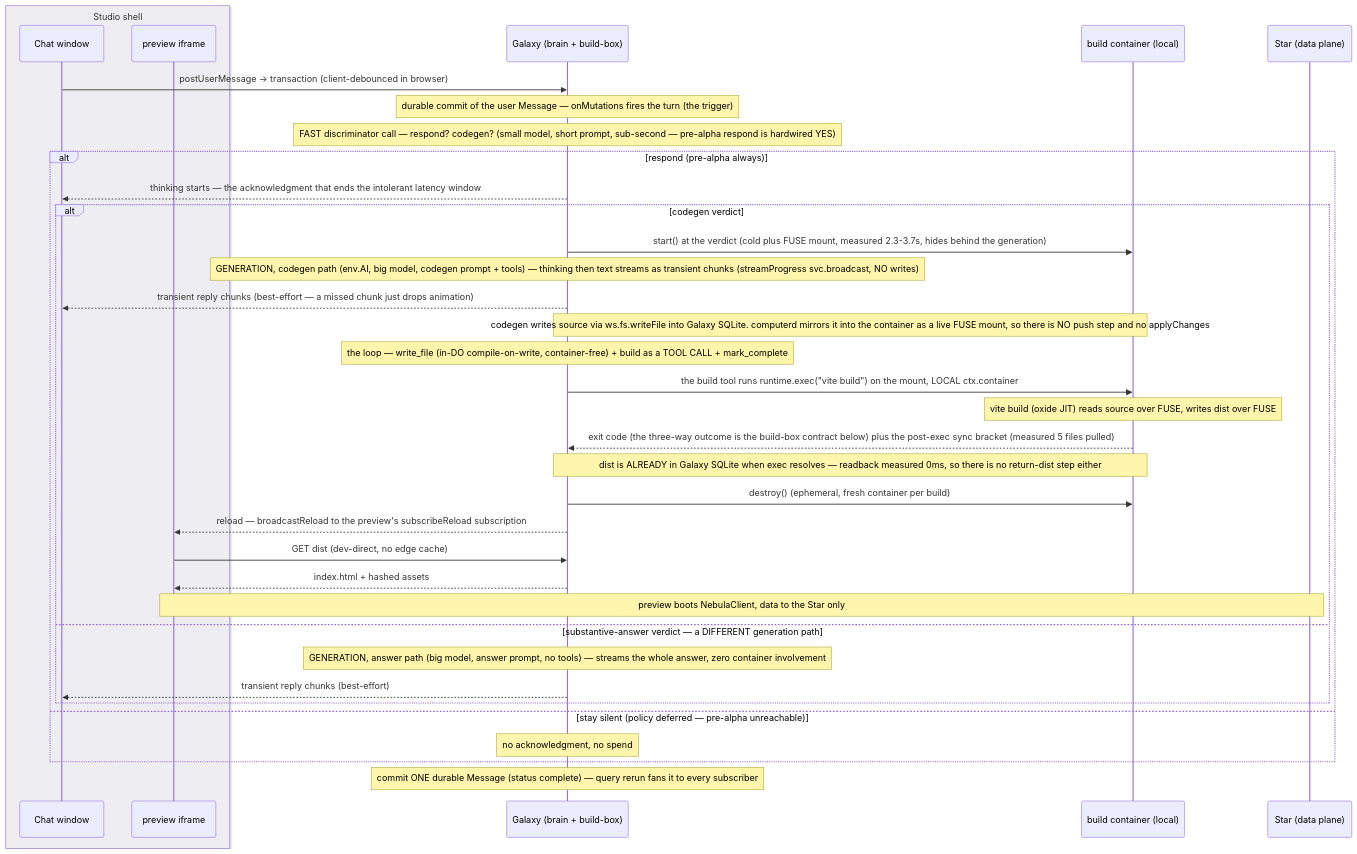
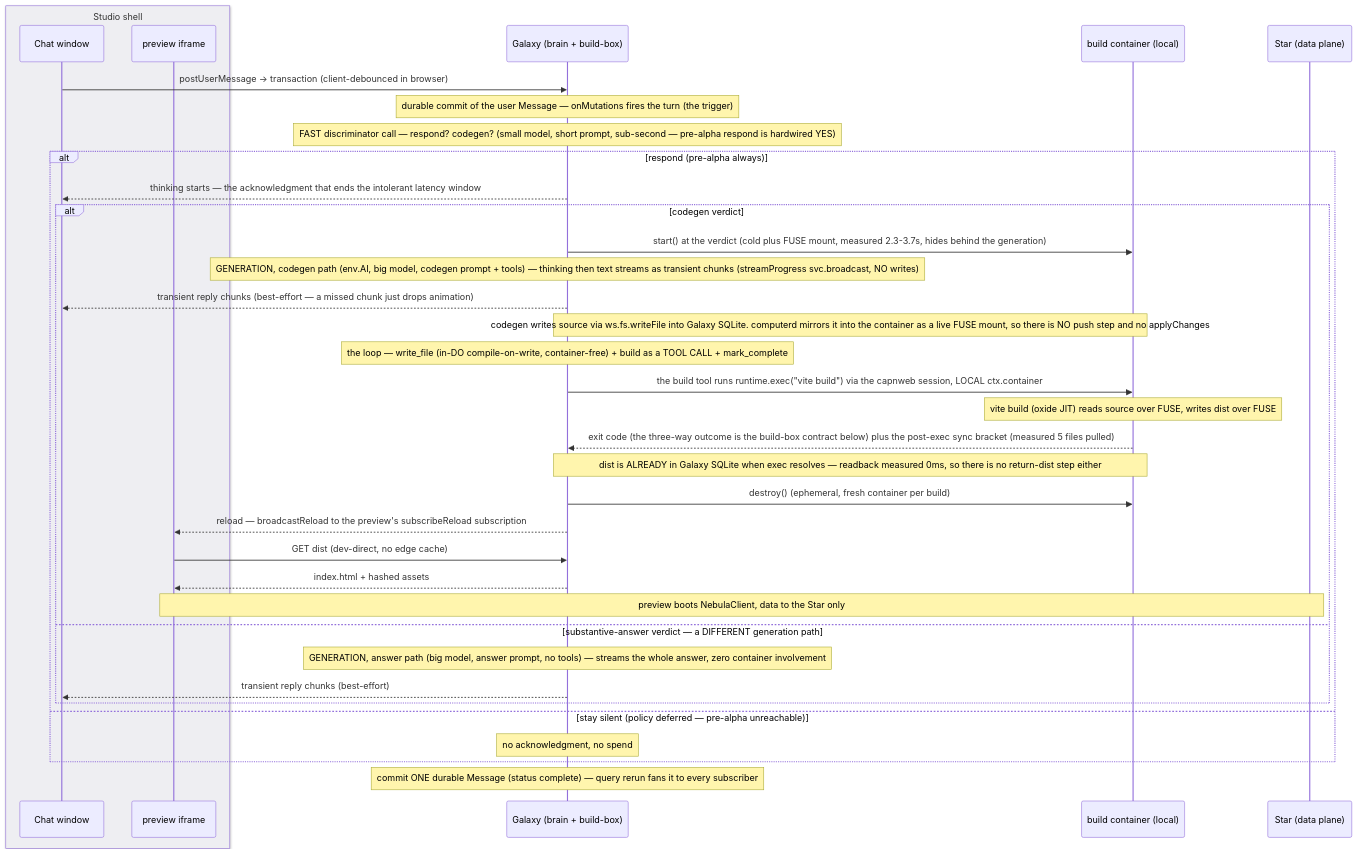
One commit to lumenize/lumenize changed the diagram in tasks/nebula-galaxy-collapse-and-chat.md. Above: the diagram before and after it, drawn with Mermaid. The commit also changed other lines of this file, not shown here.

First line of the commit message:
docs(collapse): exec rides the capnweb session; file I/O rides the mount (hand review)

````diff
--- a/tasks/nebula-galaxy-collapse-and-chat.md
+++ b/tasks/nebula-galaxy-collapse-and-chat.md
@@ -79,38 +79,38 @@
 ```mermaid
 sequenceDiagram
     box rgb(238,238,242) Studio shell
       participant Chat as Chat window
       participant P as preview iframe
     end
     participant G as Galaxy (brain + build-box)
     participant K as build container (local)
     participant Da as Star (data plane)
     Chat->>G: postUserMessage → transaction (client-debounced in browser)
     Note over G: durable commit of the user Message — onMutations fires the turn (the trigger)
     Note over G: FAST discriminator call — respond? codegen? (small model, short prompt, sub-second — pre-alpha respond is hardwired YES)
     alt respond (pre-alpha always)
       G-->>Chat: thinking starts — the acknowledgment that ends the intolerant latency window
       alt codegen verdict
         G->>K: start() at the verdict (cold plus FUSE mount, measured 2.3-3.7s, hides behind the generation)
         Note over G: GENERATION, codegen path (env.AI, big model, codegen prompt + tools) — thinking then text streams as transient chunks (streamProgress svc.broadcast, NO writes)
         G-->>Chat: transient reply chunks (best-effort — a missed chunk just drops animation)
         Note over G,K: codegen writes source via ws.fs.writeFile into Galaxy SQLite. computerd mirrors it into the container as a live FUSE mount, so there is NO push step and no applyChanges
         Note over G: the loop — write_file (in-DO compile-on-write, container-free) + build as a TOOL CALL + mark_complete
-        G->>K: the build tool runs runtime.exec("vite build") on the mount, LOCAL ctx.container
+        G->>K: the build tool runs runtime.exec("vite build") via the capnweb session, LOCAL ctx.container
         Note over K: vite build (oxide JIT) reads source over FUSE, writes dist over FUSE
         K-->>G: exit code (the three-way outcome is the build-box contract below) plus the post-exec sync bracket (measured 5 files pulled)
         Note over G,K: dist is ALREADY in Galaxy SQLite when exec resolves — readback measured 0ms, so there is no return-dist step either
         G->>K: destroy() (ephemeral, fresh container per build)
         G-->>P: reload — broadcastReload to the preview's subscribeReload subscription
         P->>G: GET dist (dev-direct, no edge cache)
         G-->>P: index.html + hashed assets
         Note over P,Da: preview boots NebulaClient, data to the Star only
       else substantive-answer verdict — a DIFFERENT generation path
         Note over G: GENERATION, answer path (big model, answer prompt, no tools) — streams the whole answer, zero container involvement
         G-->>Chat: transient reply chunks (best-effort)
       end
     else stay silent (policy deferred — pre-alpha unreachable)
       Note over G: no acknowledgment, no spend
     end
     Note over G: commit ONE durable Message (status complete) — query rerun fans it to every subscriber
 ```
````
